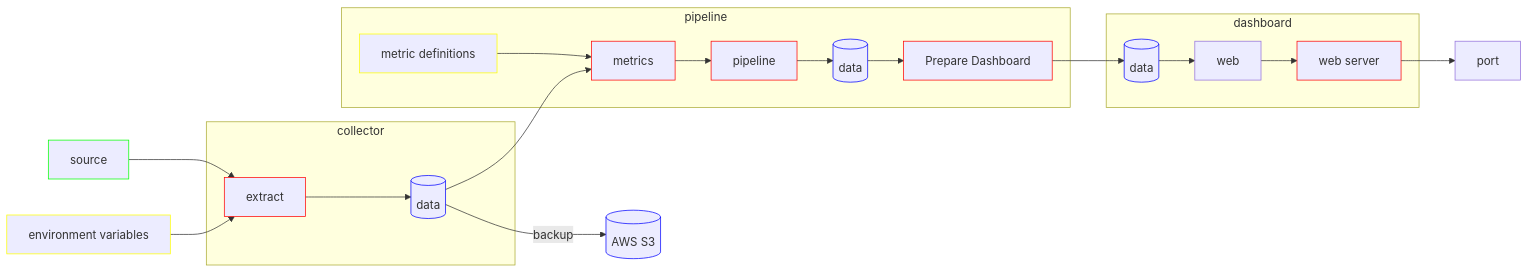
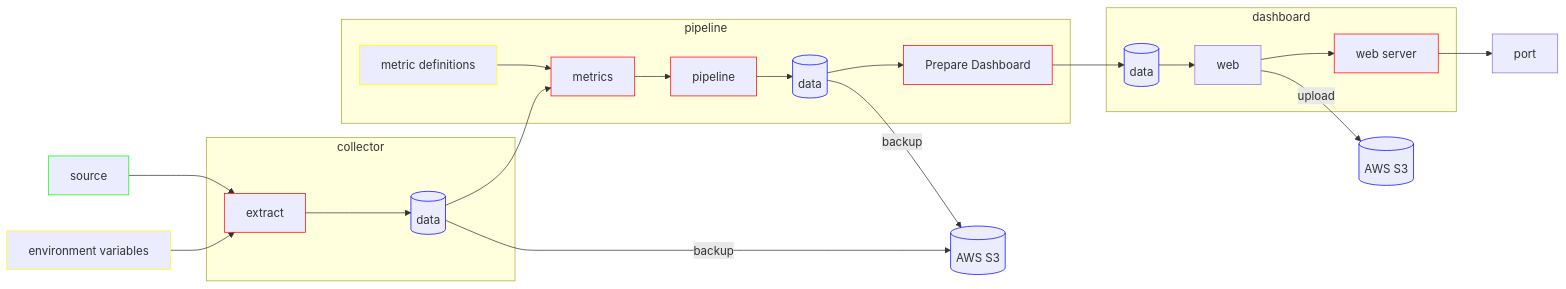
One commit to massyn/automated-security-reporting changed the diagram in README.md. Above: the diagram before and after it, drawn with Mermaid. The commit also changed other lines of this file and 6 other files, not shown here.

````diff
--- a/README.md
+++ b/README.md
@@ -9,52 +9,56 @@
 ```mermaid
 graph LR
     source:::source
     environment[environment variables]:::config
     s3[(AWS S3)]:::data
 
     subgraph collector
         
         collector.extract[extract]:::code
         collector.data[(data)]:::data
 
         collector.extract --> collector.data
     end
     source --> collector.extract
     environment --> collector.extract
     collector.data -- backup --> s3
 
+    
     subgraph pipeline
         metrics.definition[metric definitions]:::config
         metrics.process[metrics]:::code
         metrics.pipeline[pipeline]:::code
 
         metrics.data[(data)]:::data
 
         metrics.process --> metrics.pipeline
         metrics.pipeline --> metrics.data
 
         metrics.prepdashboard[Prepare Dashboard]:::code
     end
     metrics.definition --> metrics.process
     collector.data --> metrics.process
     metrics.data --> metrics.prepdashboard
+    metrics.data -- backup --> s3
     
     port
     subgraph dashboard
         dashboard.data[(data)]:::data
         dashboard.web[web]
         dashboard.server[web server]:::code
     end
     dashboard.web --> dashboard.server
     dashboard.server --> port
     metrics.prepdashboard --> dashboard.data
     dashboard.data --> dashboard.web
 
+    dashboard.web -- upload --> s3web[(AWS S3)]:::data
+
     classDef source stroke:#0f0
     classDef data stroke:#00f
     classDef code stroke:#f00
     classDef config stroke:#ff0
 
     classDef dim fill:#f9c6c9,stroke:#000,stroke-width:2px,color:#000;
     classDef calc fill:#c6d8f9,stroke:#000,stroke-width:2px,color:#000;
 ```
````
